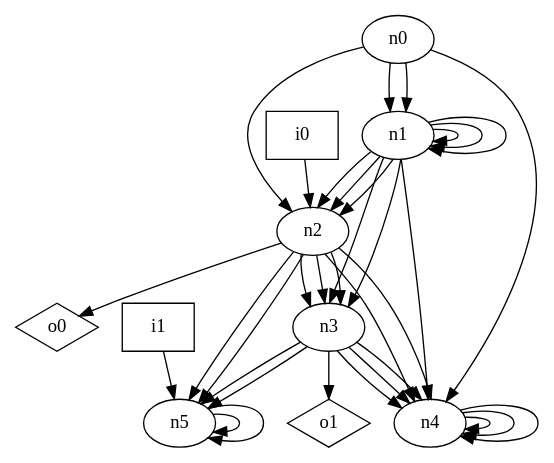
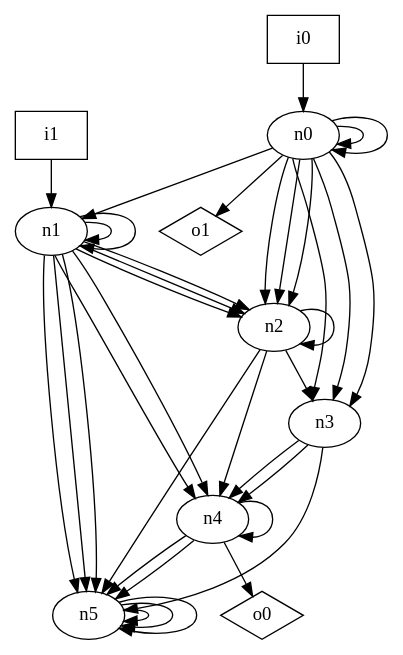
One commit to p9romain/bool-circuits changed the diagram in dot_files/random_graph/DAG_graph.dot. Above: the diagram before and after it, drawn with Graphviz. The commit also changed 84 other files, not shown here.

```diff
--- a/dot_files/random_graph/DAG_graph.dot
+++ b/dot_files/random_graph/DAG_graph.dot
@@ -1,46 +1,48 @@
 digraph G {
 n0 [label="n0"];
 n1 [label="n1"];
 n2 [label="n2"];
 n3 [label="n3"];
 n4 [label="n4"];
 n5 [label="n5"];
 n6 [label="i0",shape="box"];
 n7 [label="i1",shape="box"];
 n8 [label="o0",shape="diamond"];
 n9 [label="o1",shape="diamond"];
-n0 -> n1
+n0 -> n0
+n0 -> n0
 n0 -> n1
 n0 -> n2
-n0 -> n4
-n1 -> n1
+n0 -> n2
+n0 -> n2
+n0 -> n3
+n0 -> n3
+n0 -> n3
+n0 -> n9
 n1 -> n1
 n1 -> n1
 n1 -> n2
 n1 -> n2
 n1 -> n2
-n1 -> n3
-n1 -> n3
 n1 -> n4
-n2 -> n3
-n2 -> n3
+n1 -> n4
+n1 -> n5
+n1 -> n5
+n1 -> n5
+n2 -> n2
 n2 -> n3
 n2 -> n4
-n2 -> n4
 n2 -> n5
-n2 -> n5
-n2 -> n8
-n3 -> n4
 n3 -> n4
 n3 -> n4
 n3 -> n5
-n3 -> n5
-n3 -> n9
 n4 -> n4
-n4 -> n4
-n4 -> n4
+n4 -> n5
+n4 -> n5
+n4 -> n8
 n5 -> n5
 n5 -> n5
-n6 -> n2
-n7 -> n5
+n5 -> n5
+n6 -> n0
+n7 -> n1
 }
```
